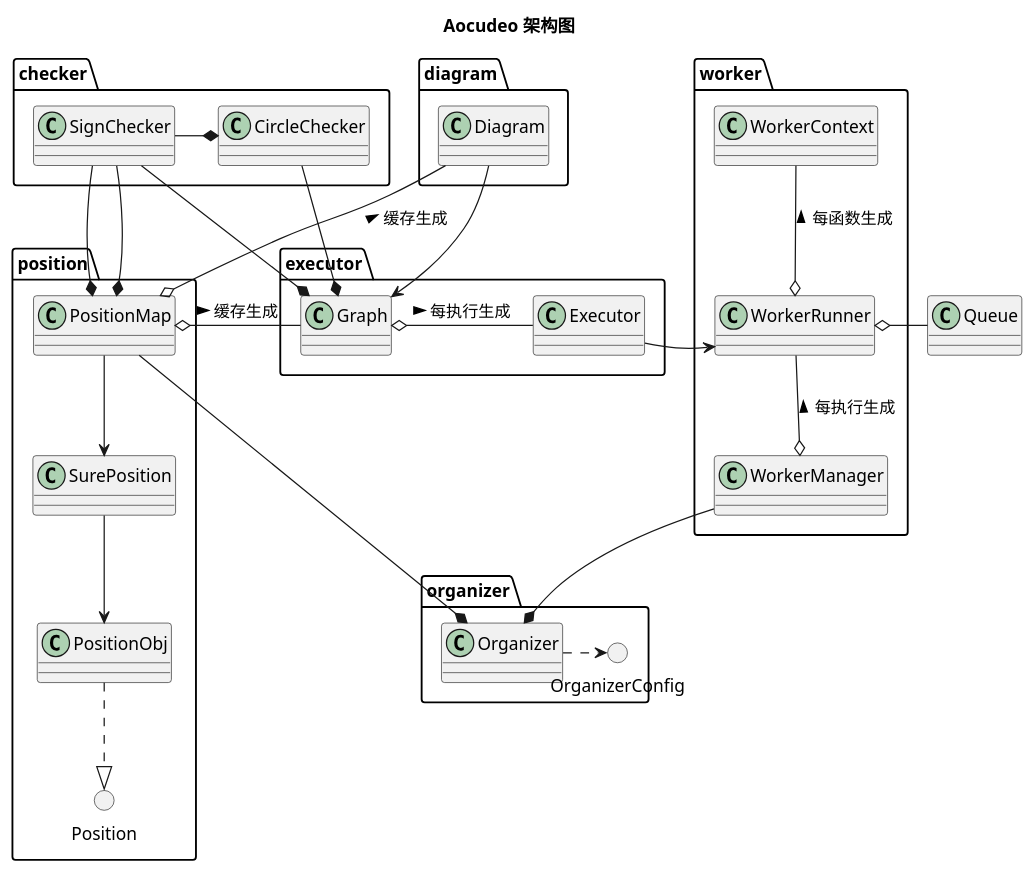
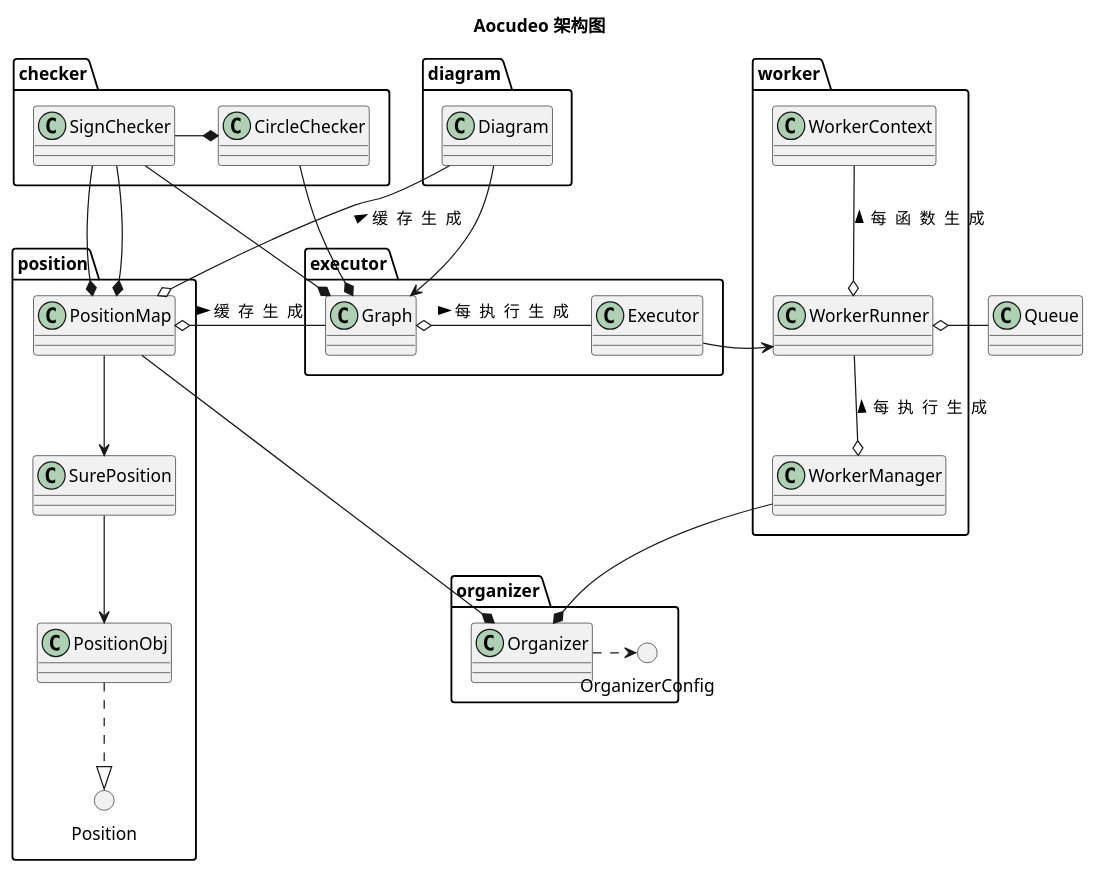
Before and after one commit to n9gc/mcdjs: the diagram in packages/aocudeo/lib/arch.puml, drawn with PlantUML. The commit also changed 4 other files, not shown here.

Commit message:
Add docs, aocudeo 修复uml图的显示

```diff
--- a/packages/aocudeo/lib/arch.puml
+++ b/packages/aocudeo/lib/arch.puml
@@ -1,49 +1,49 @@
-@startuml "Acodudeo 架构图"
+@startuml
 title Aocudeo 架构图
 class Queue
 package checker {
 	class CircleChecker
 	class SignChecker
 	SignChecker -* CircleChecker
 }
 package diagram {
 	class Diagram
 }
 package executor {
 	class Executor
 	class Graph
 }
 package organizer {
 	class Organizer
 	() OrganizerConfig
 	Organizer .> OrganizerConfig
 }
 package position {
 	() Position
 	class PositionMap
 	class PositionObj
 	class SurePosition
 	PositionObj ..|> Position
 	SurePosition --> PositionObj
 	PositionMap --> SurePosition
 }
 package worker {
 	class WorkerContext
 	class WorkerRunner
 	class WorkerManager
-	WorkerRunner --o WorkerManager : < 每执行生成
-	WorkerContext --o WorkerRunner : < 每函数生成
+	WorkerRunner --o WorkerManager : < 每  执  行  生  成
+	WorkerContext --o WorkerRunner : < 每  函  数  生  成
 }
 Queue -o WorkerRunner
 Diagram -> Graph
 PositionMap --* Organizer
-Executor -o Graph : < 每执行生成
+Executor -o Graph : < 每  执  行  生  成
 Executor -> WorkerRunner
 CircleChecker --* Graph
 SignChecker --* PositionMap
 SignChecker --* PositionMap
-PositionMap o- Graph : 缓存生成 >
+PositionMap o- Graph : 缓  存  生  成 >
 SignChecker --* Graph
 WorkerManager --* Organizer
-Diagram --o PositionMap : < 缓存生成
+Diagram --o PositionMap : < 缓  存  生  成
 @enduml
```
